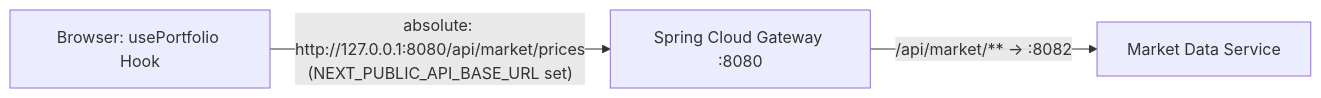
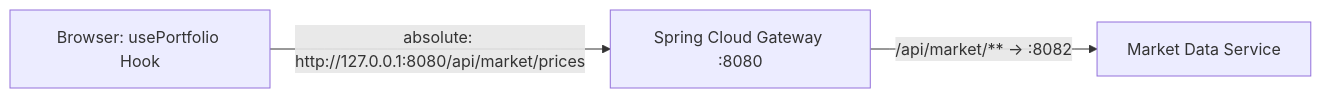
Before and after one commit to vibhanshu-agarwal/wealthmgmtandportfoliotracker: the first of 2 diagrams in docs/e2e-flows/market-data-service-e2e.md, drawn with Mermaid. The commit also changed other lines of this file and 3 other files, not shown here.

````diff
--- a/docs/e2e-flows/market-data-service-e2e.md
+++ b/docs/e2e-flows/market-data-service-e2e.md
@@ -67,5 +69,5 @@
 ```mermaid
 graph LR
-    A[Browser: usePortfolio Hook] -->|"absolute: http://127.0.0.1:8080/api/market/prices\n(NEXT_PUBLIC_API_BASE_URL set)"| C[Spring Cloud Gateway :8080]
-    C -->|/api/market/** → :8082| D[Market Data Service]
+    A[Browser: usePortfolio Hook] -->|"absolute: http://127.0.0.1:8080/api/market/prices"| C[Spring Cloud Gateway :8080]
+    C -->|"/api/market/** → :8082"| D[Market Data Service]
 ```
````
